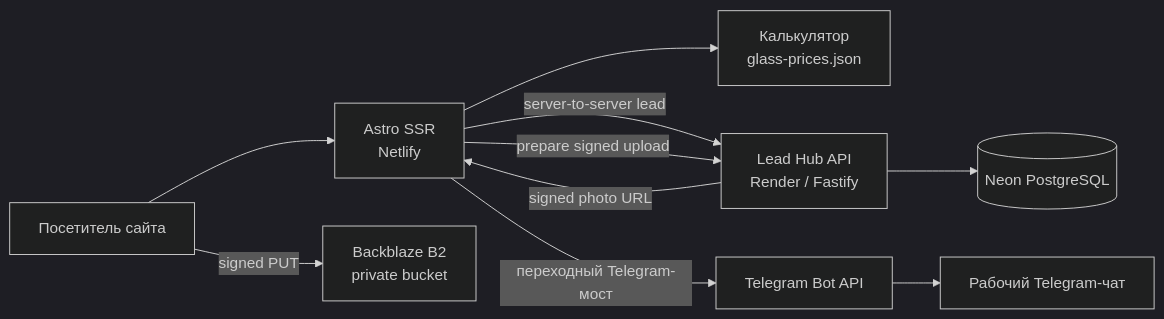
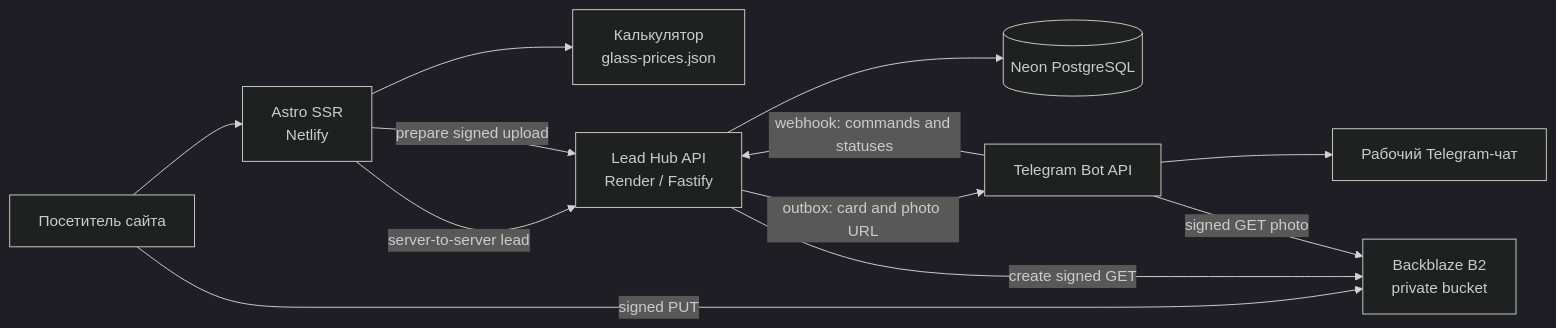
One commit to liber10/belstekloexpert-astro changed the diagram in docs/architecture.md. Above: the diagram before and after it, drawn with Mermaid (dark theme). The commit also changed other lines of this file and 3 other files, not shown here.

````diff
--- a/docs/architecture.md
+++ b/docs/architecture.md
@@ -7,21 +7,23 @@
 ```mermaid
 flowchart LR
     USER["Посетитель сайта"]
     SITE["Astro SSR<br/>Netlify"]
     CALC["Калькулятор<br/>glass-prices.json"]
     HUB["Lead Hub API<br/>Render / Fastify"]
     DB[("Neon PostgreSQL")]
     B2["Backblaze B2<br/>private bucket"]
     TG["Telegram Bot API"]
     CHAT["Рабочий Telegram-чат"]
 
     USER --> SITE
     SITE --> CALC
     SITE -->|"server-to-server lead"| HUB
     SITE -->|"prepare signed upload"| HUB
     USER -->|"signed PUT"| B2
     HUB --> DB
-    SITE -->|"переходный Telegram-мост"| TG
-    HUB -->|"signed photo URL"| SITE
+    HUB -->|"outbox: card and photo URL"| TG
+    TG -->|"webhook: commands and statuses"| HUB
+    HUB -->|"create signed GET"| B2
+    TG -->|"signed GET photo"| B2
     TG --> CHAT
 ```
````
